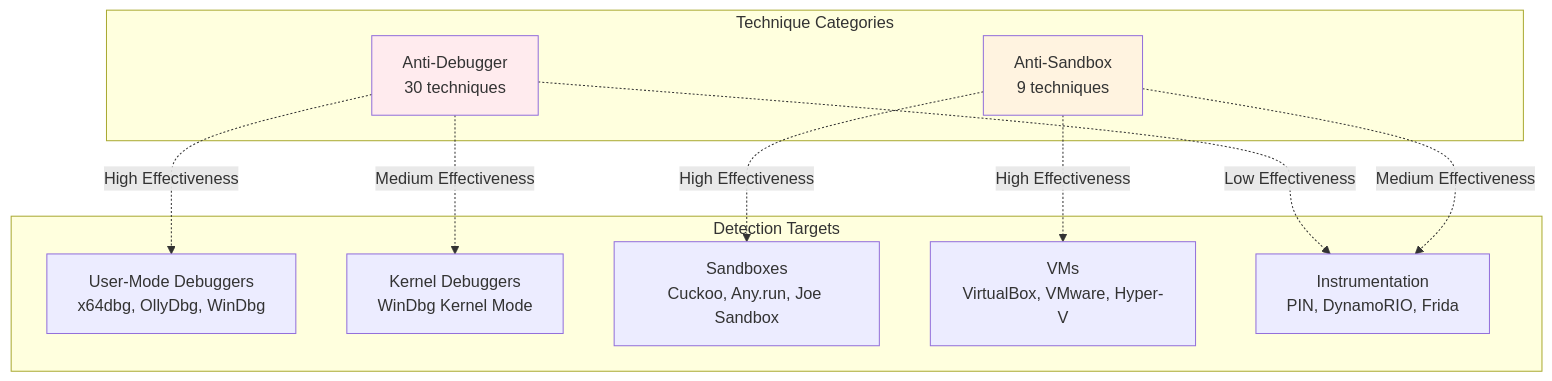
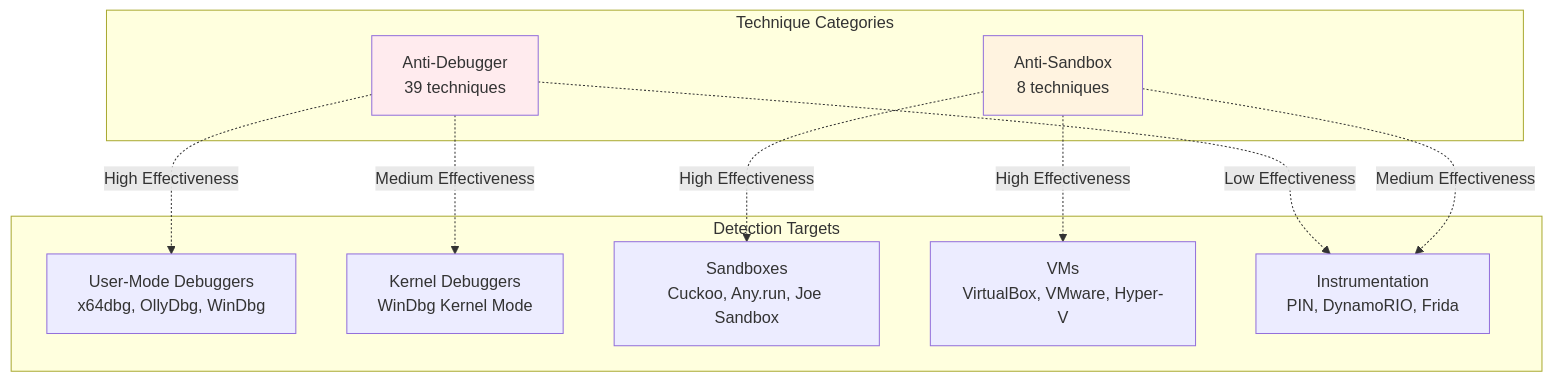
Before and after one commit to mabj/anti: the seventh of 8 diagrams in docs/diagrams/taxonomy.md, drawn with Mermaid. The commit also changed other lines of this file, not shown here.

````diff
--- a/docs/diagrams/taxonomy.md
+++ b/docs/diagrams/taxonomy.md
@@ -193,26 +211,26 @@
 ```mermaid
 graph TB
     subgraph Detection Targets
         T1[User-Mode Debuggers<br/>x64dbg, OllyDbg, WinDbg]
         T2[Kernel Debuggers<br/>WinDbg Kernel Mode]
         T3[Sandboxes<br/>Cuckoo, Any.run, Joe Sandbox]
         T4[VMs<br/>VirtualBox, VMware, Hyper-V]
         T5[Instrumentation<br/>PIN, DynamoRIO, Frida]
     end
 
     subgraph Technique Categories
-        C1[Anti-Debugger<br/>30 techniques]
-        C2[Anti-Sandbox<br/>9 techniques]
+        C1[Anti-Debugger<br/>39 techniques]
+        C2[Anti-Sandbox<br/>8 techniques]
     end
 
     C1 -.High Effectiveness.-> T1
     C1 -.Medium Effectiveness.-> T2
     C1 -.Low Effectiveness.-> T5
 
     C2 -.High Effectiveness.-> T3
     C2 -.High Effectiveness.-> T4
     C2 -.Medium Effectiveness.-> T5
 
     style C1 fill:#ffebee
     style C2 fill:#fff3e0
 ```
````
